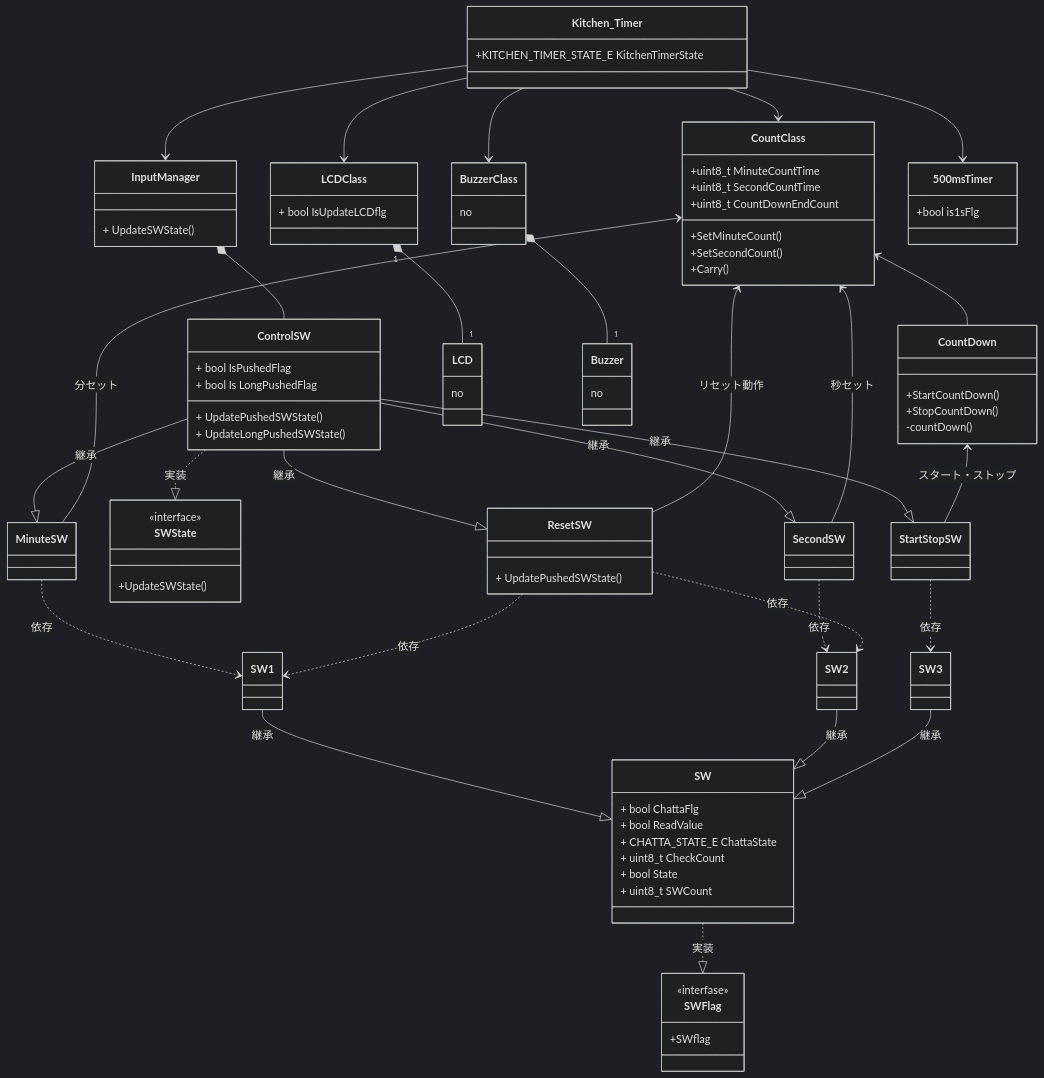
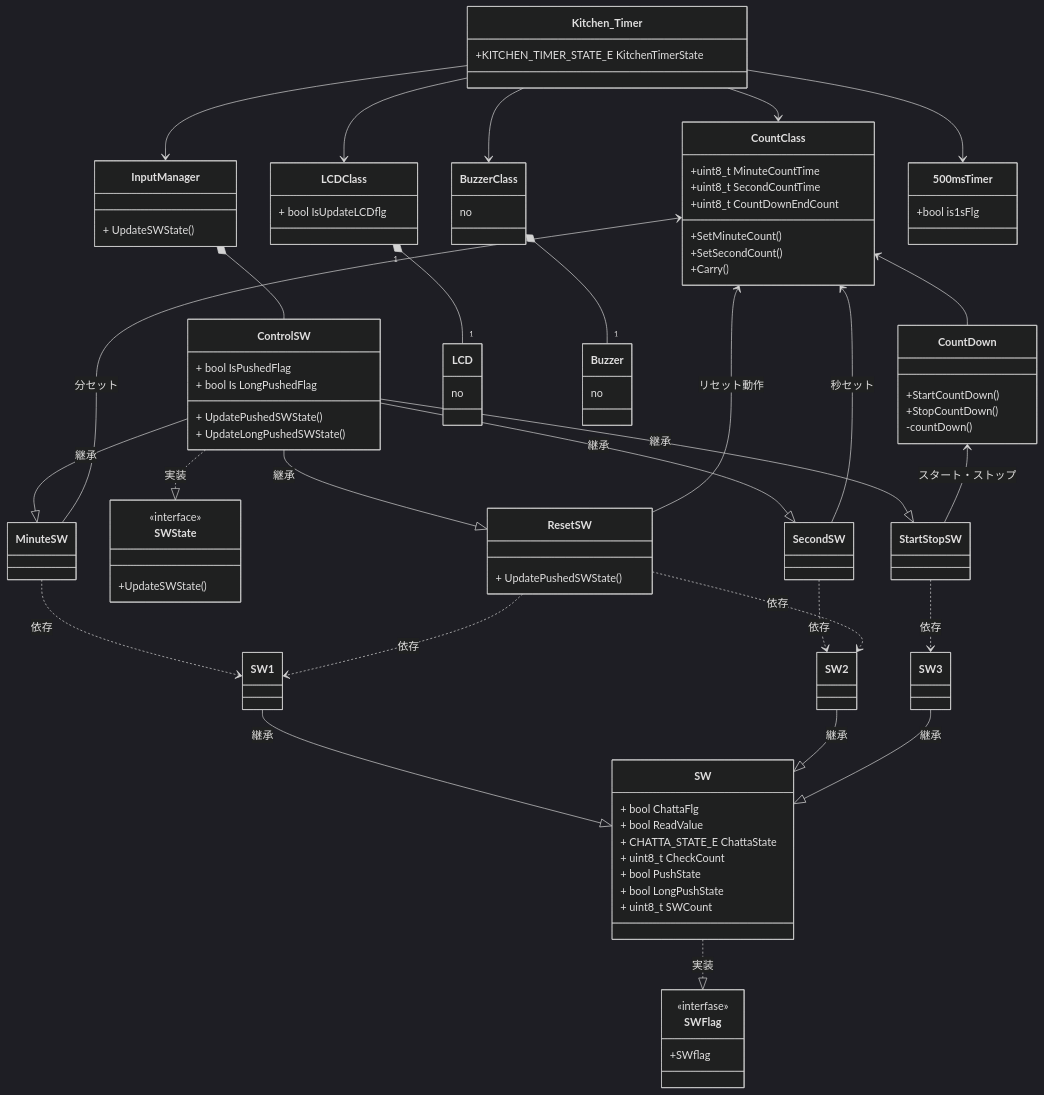
The diagram in 資料/設計/クラス図_mermaid.md (hakohumi/comp.Kitchen_Timer), drawn with Mermaid (dark theme) before and after one commit. The commit also changed 16 other files, not shown here.

```diff
--- a/資料/設計/クラス図_mermaid.md
+++ b/資料/設計/クラス図_mermaid.md
@@ -57,7 +57,8 @@
     + bool ReadValue
     + CHATTA_STATE_E ChattaState
     + uint8_t CheckCount
-    + bool State
+    + bool PushState
+    + bool LongPushState
     + uint8_t SWCount
 }
 
```
